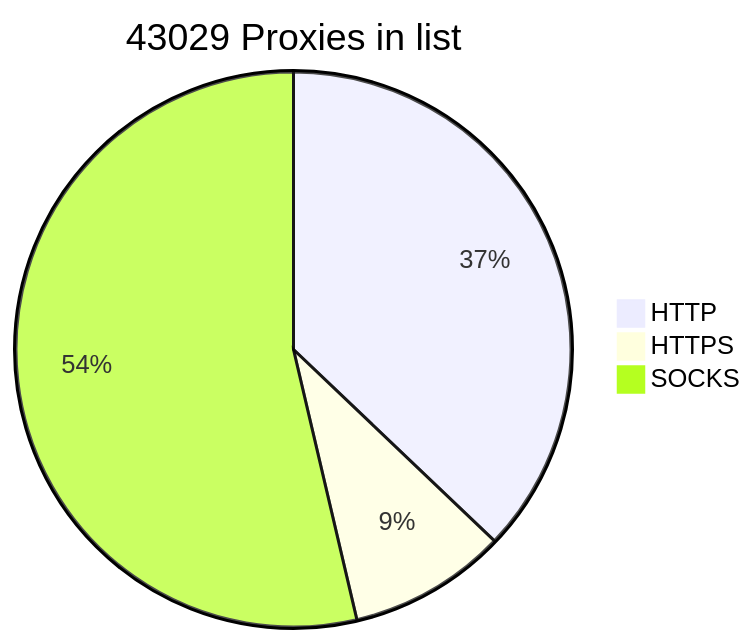
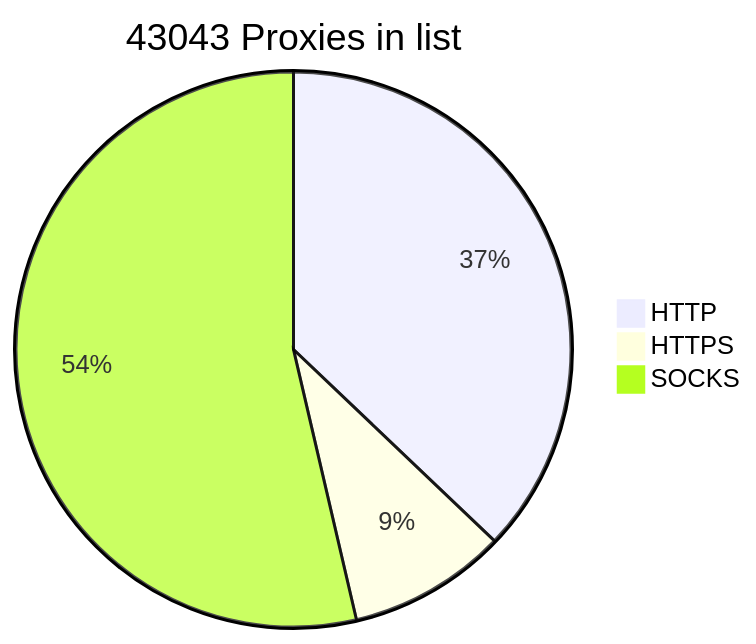
The diagram in README.md (BlackSnowDot/proxylist-update-every-minute), drawn with Mermaid before and after one commit. The commit also changed other lines of this file, not shown here.

````diff
--- a/README.md
+++ b/README.md
@@ -2,6 +2,6 @@
 ```mermaid
-pie title 43029 Proxies in list
-    "HTTP" : 17374
-    "HTTPS": 4316
+pie title 43043 Proxies in list
+    "HTTP" : 17381
+    "HTTPS": 4330
     "SOCKS" : 25123
 ```
````
